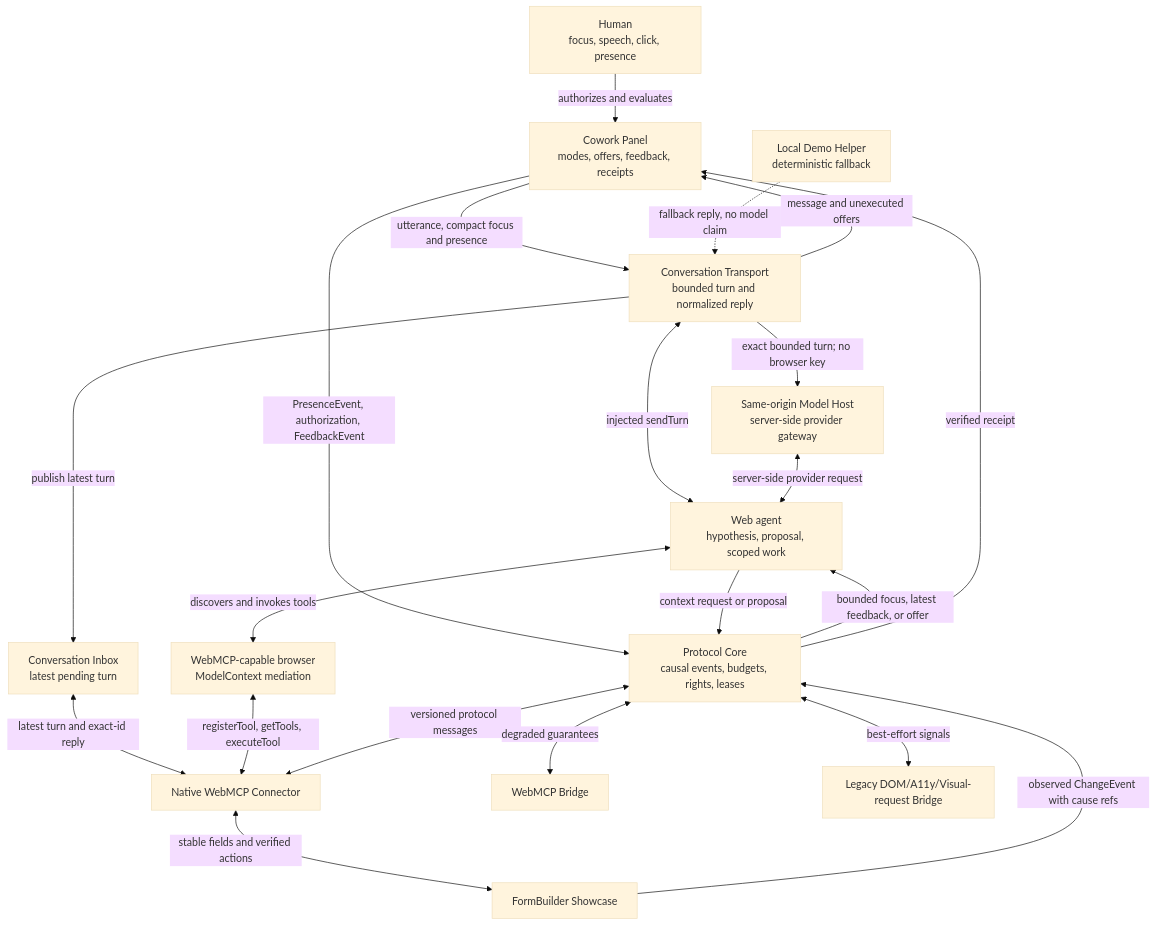
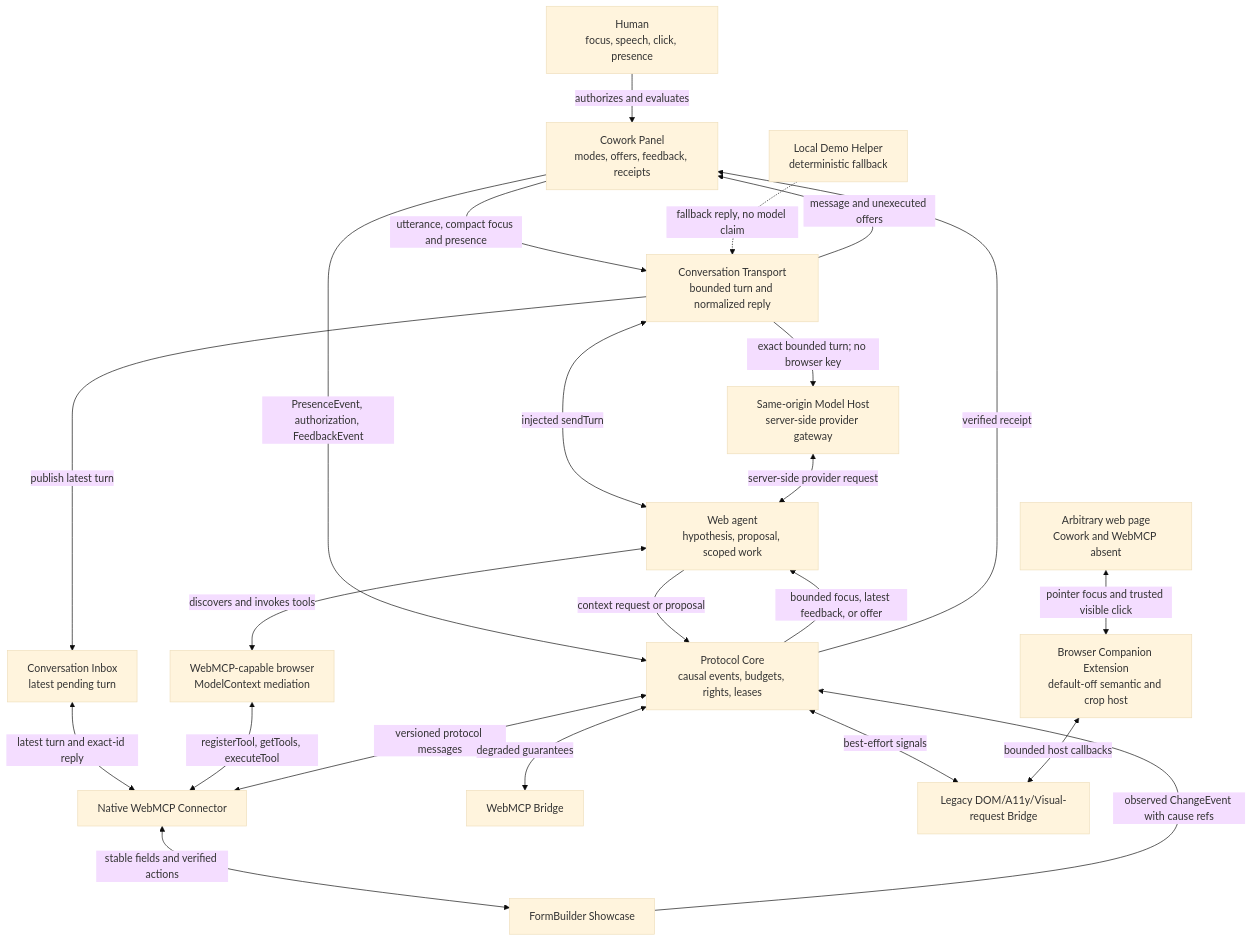
One commit to ellmos-ai/cowork-protocol changed the first of 8 diagrams in docs/architecture.md. Above: the diagram before and after it, drawn with Mermaid (base theme). The commit also changed other lines of this file and 23 other files, not shown here.

Commit message:
feat: add no-webmcp browser companion

````diff
--- a/docs/architecture.md
+++ b/docs/architecture.md
@@ -5,37 +5,41 @@
 ```mermaid
 flowchart TB
   HUMAN["Human\nfocus, speech, click, presence"]
   AGENT["Web agent\nhypothesis, proposal, scoped work"]
   BROWSER["WebMCP-capable browser\nModelContext mediation"]
   PANEL["Cowork Panel\nmodes, offers, feedback, receipts"]
   CORE["Protocol Core\ncausal events, budgets, rights, leases"]
   CONVERSATION["Conversation Transport\nbounded turn and normalized reply"]
   MODELHOST["Same-origin Model Host\nserver-side provider gateway"]
   INBOX["Conversation Inbox\nlatest pending turn"]
   LOCAL["Local Demo Helper\ndeterministic fallback"]
   NATIVE["Native WebMCP Connector"]
   WEBBRIDGE["WebMCP Bridge"]
   LEGACY["Legacy DOM/A11y/Visual-request Bridge"]
+  EXTENSION["Browser Companion Extension\ndefault-off semantic and crop host"]
+  LEGACYPAGE["Arbitrary web page\nCowork and WebMCP absent"]
   FORM["FormBuilder Showcase"]
 
   HUMAN -->|"authorizes and evaluates"| PANEL
   PANEL -->|"utterance, compact focus and presence"| CONVERSATION
   CONVERSATION <-->|"injected sendTurn"| AGENT
   CONVERSATION -->|"exact bounded turn; no browser key"| MODELHOST
   MODELHOST <-->|"server-side provider request"| AGENT
   CONVERSATION -->|"publish latest turn"| INBOX
   INBOX <-->|"latest turn and exact-id reply"| NATIVE
   LOCAL -.->|"fallback reply, no model claim"| CONVERSATION
   CONVERSATION -->|"message and unexecuted offers"| PANEL
   PANEL -->|"PresenceEvent, authorization, FeedbackEvent"| CORE
   CORE -->|"bounded focus, latest feedback, or offer"| AGENT
   AGENT -->|"context request or proposal"| CORE
   AGENT <-->|"discovers and invokes tools"| BROWSER
   BROWSER <-->|"registerTool, getTools, executeTool"| NATIVE
   CORE -->|"verified receipt"| PANEL
   CORE <--> |"versioned protocol messages"| NATIVE
   CORE <--> |"degraded guarantees"| WEBBRIDGE
   CORE <--> |"best-effort signals"| LEGACY
+  LEGACYPAGE <-->|"pointer focus and trusted visible click"| EXTENSION
+  EXTENSION <-->|"bounded host callbacks"| LEGACY
   NATIVE <--> |"stable fields and verified actions"| FORM
   FORM -->|"observed ChangeEvent with cause refs"| CORE
 ```
````
